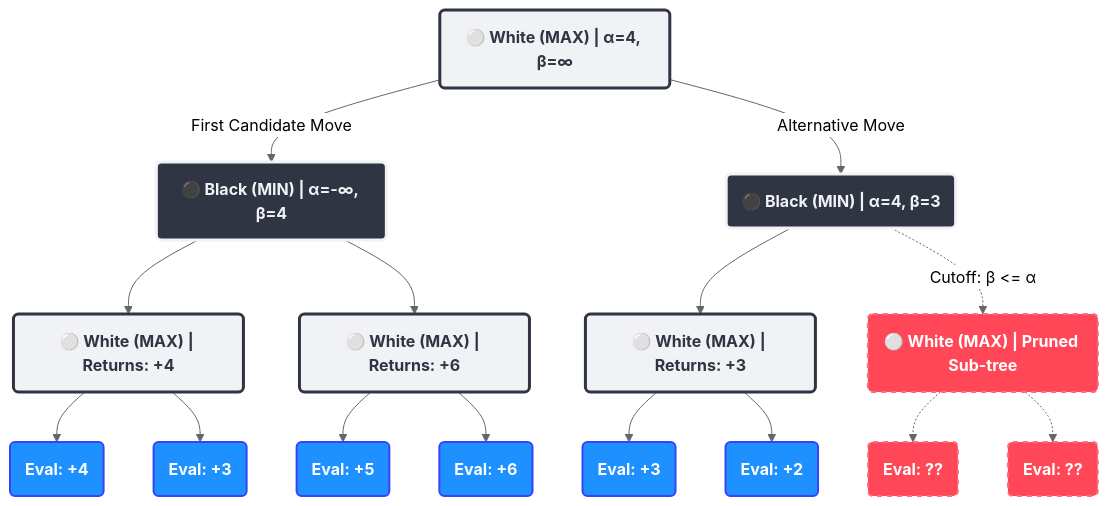
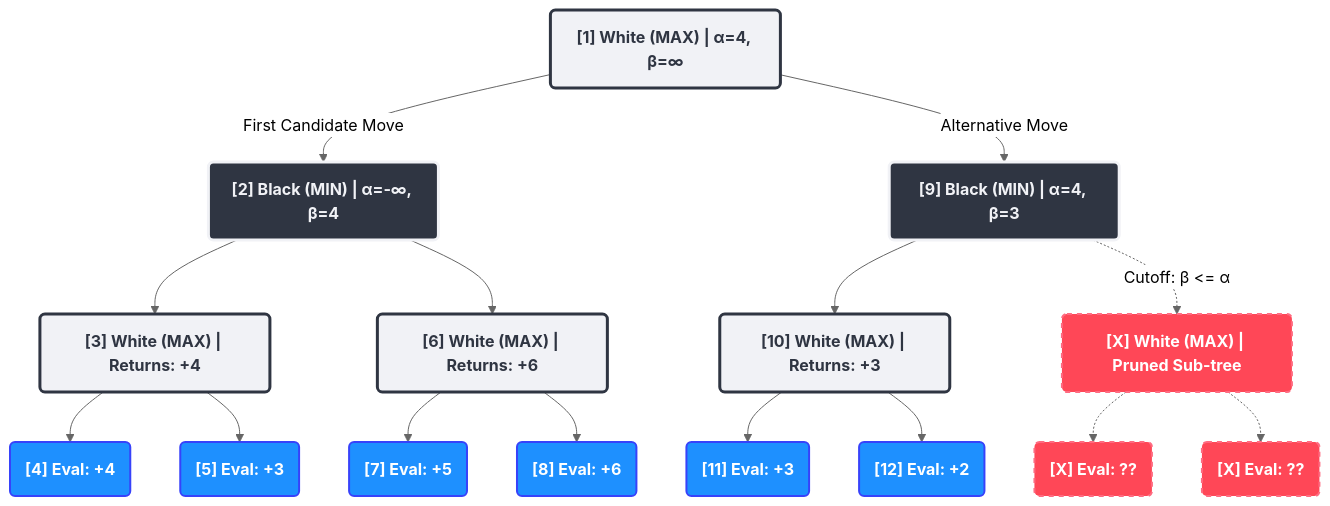
One commit to swingbit/swingbit.github.io changed the diagram in _drafts/quackmate.md. Above: the diagram before and after it, drawn with Mermaid (neutral theme). The commit also changed other lines of this file, not shown here.

Commit message:
More finishing touches to a-b pruning

````diff
--- a/_drafts/quackmate.md
+++ b/_drafts/quackmate.md
@@ -409,50 +412,50 @@
 ```mermaid
 graph TD
     %% Styling definitions
     classDef maxNode fill:#f1f2f6,stroke:#2f3542,stroke-width:3px,color:#2f3542,font-weight:bold;
     classDef minNode fill:#2f3542,stroke:#f1f2f6,stroke-width:3px,color:#f1f2f6,font-weight:bold;
     classDef leafNode fill:#1e90ff,stroke:#3742fa,stroke-width:2px,color:#ffffff,font-weight:bold;
     classDef prunedNode fill:#ff4757,stroke:#ff6b81,stroke-width:2px,color:#ffffff,stroke-dasharray: 5 5,font-weight:bold;
     
-    Root("⚪ White (MAX) | α=4, β=∞"):::maxNode
+    Root("[1] White (MAX) | α=4, β=∞"):::maxNode
     
-    NodeA("⚫ Black (MIN) | α=-∞, β=4"):::minNode
-    NodeB("⚫ Black (MIN) | α=4, β=3"):::minNode
+    NodeA("[2] Black (MIN) | α=-∞, β=4"):::minNode
+    NodeB("[9] Black (MIN) | α=4, β=3"):::minNode
 
-    NodeC("⚪ White (MAX) | Returns: +4"):::maxNode
-    NodeD("⚪ White (MAX) | Returns: +6"):::maxNode
+    NodeC("[3] White (MAX) | Returns: +4"):::maxNode
+    NodeD("[6] White (MAX) | Returns: +6"):::maxNode
     
-    NodeE("⚪ White (MAX) | Returns: +3"):::maxNode
-    NodeF("⚪ White (MAX) | Pruned Sub-tree"):::prunedNode
+    NodeE("[10] White (MAX) | Returns: +3"):::maxNode
+    NodeF("[X] White (MAX) | Pruned Sub-tree"):::prunedNode
 
-    Leaf1("Eval: +4"):::leafNode
-    Leaf2("Eval: +3"):::leafNode
-    Leaf3("Eval: +5"):::leafNode
-    Leaf4("Eval: +6"):::leafNode
+    Leaf1("[4] Eval: +4"):::leafNode
+    Leaf2("[5] Eval: +3"):::leafNode
+    Leaf3("[7] Eval: +5"):::leafNode
+    Leaf4("[8] Eval: +6"):::leafNode
     
-    Leaf5("Eval: +3"):::leafNode
-    Leaf6("Eval: +2"):::leafNode
-    Leaf7("Eval: ??"):::prunedNode
-    Leaf8("Eval: ??"):::prunedNode
+    Leaf5("[11] Eval: +3"):::leafNode
+    Leaf6("[12] Eval: +2"):::leafNode
+    Leaf7("[X] Eval: ??"):::prunedNode
+    Leaf8("[X] Eval: ??"):::prunedNode
 
     Root -->|First Candidate Move| NodeA
     Root -->|Alternative Move| NodeB
     
     NodeA --> NodeC
     NodeA --> NodeD
     
     NodeB --> NodeE
     NodeB -.->|Cutoff: β <= α| NodeF
 
     NodeC --> Leaf1
     NodeC --> Leaf2
     
     NodeD --> Leaf3
     NodeD --> Leaf4
     
     NodeE --> Leaf5
     NodeE --> Leaf6
     
     NodeF -.-> Leaf7
     NodeF -.-> Leaf8
 ```
````
